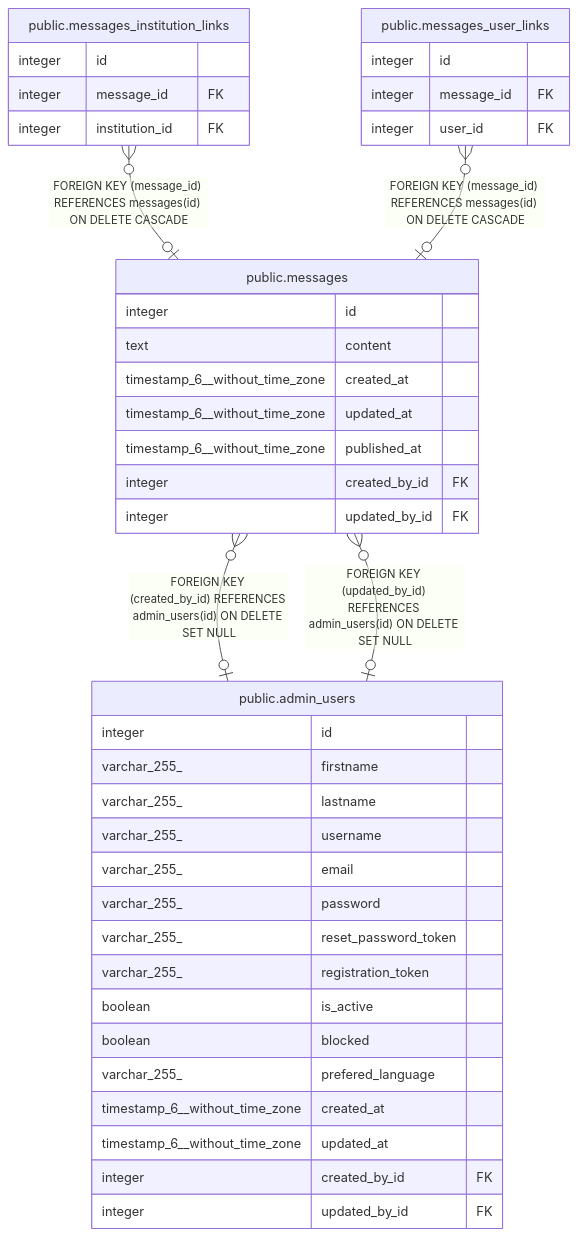
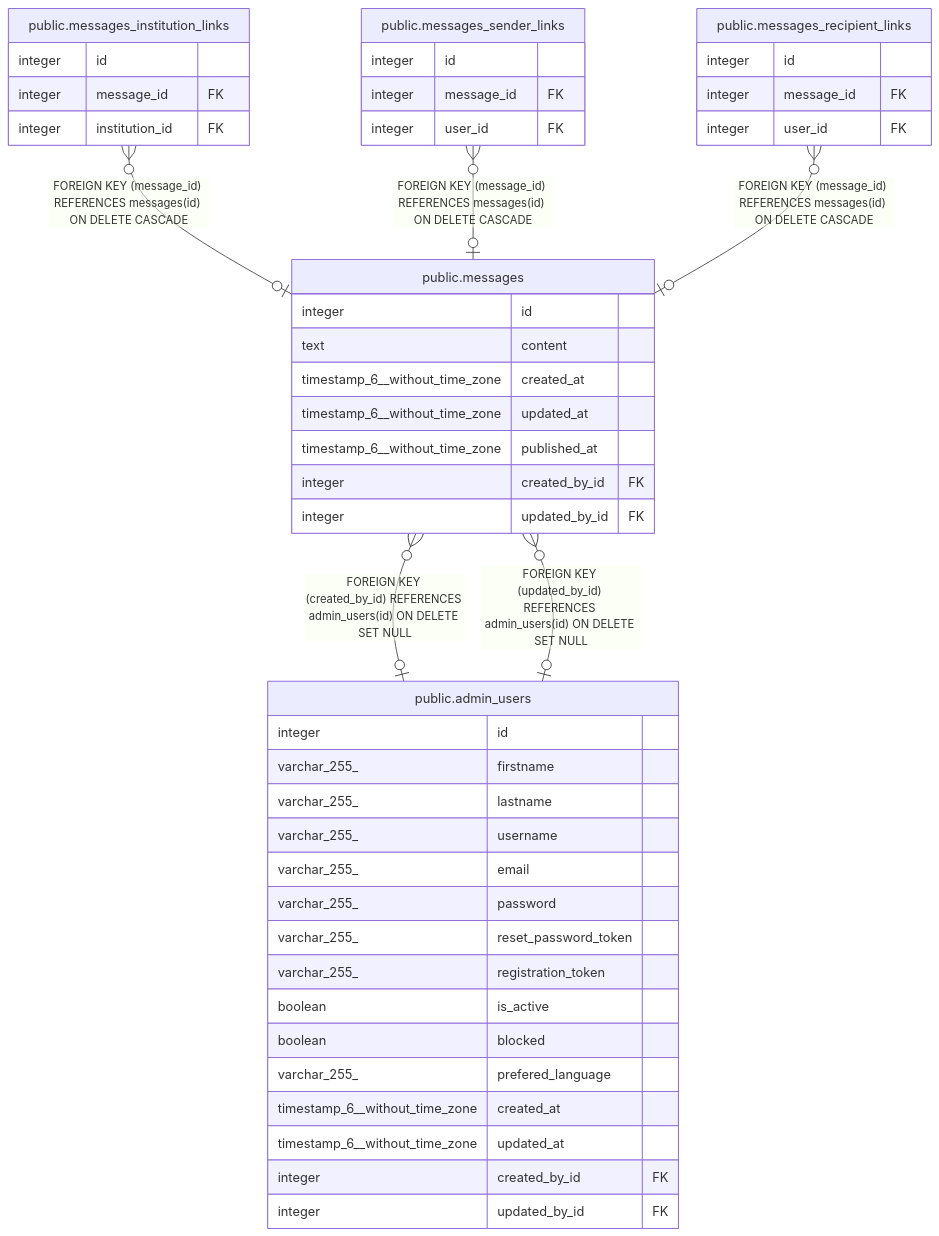
Before and after one commit to mosamosamosamosa/Anitection: the diagram in docs/dbschema/public.messages.md, drawn with Mermaid. The commit also changed other lines of this file and 20 other files, not shown here.

````diff
--- a/docs/dbschema/public.messages.md
+++ b/docs/dbschema/public.messages.md
@@ -35,45 +35,51 @@
 ```mermaid
 erDiagram
 
 "public.messages_institution_links" }o--o| "public.messages" : "FOREIGN KEY (message_id) REFERENCES messages(id) ON DELETE CASCADE"
-"public.messages_user_links" }o--o| "public.messages" : "FOREIGN KEY (message_id) REFERENCES messages(id) ON DELETE CASCADE"
+"public.messages_sender_links" }o--o| "public.messages" : "FOREIGN KEY (message_id) REFERENCES messages(id) ON DELETE CASCADE"
+"public.messages_recipient_links" }o--o| "public.messages" : "FOREIGN KEY (message_id) REFERENCES messages(id) ON DELETE CASCADE"
 "public.messages" }o--o| "public.admin_users" : "FOREIGN KEY (created_by_id) REFERENCES admin_users(id) ON DELETE SET NULL"
 "public.messages" }o--o| "public.admin_users" : "FOREIGN KEY (updated_by_id) REFERENCES admin_users(id) ON DELETE SET NULL"
 
 "public.messages" {
   integer id
   text content
   timestamp_6__without_time_zone created_at
   timestamp_6__without_time_zone updated_at
   timestamp_6__without_time_zone published_at
   integer created_by_id FK
   integer updated_by_id FK
 }
 "public.messages_institution_links" {
   integer id
   integer message_id FK
   integer institution_id FK
 }
-"public.messages_user_links" {
+"public.messages_sender_links" {
+  integer id
+  integer message_id FK
+  integer user_id FK
+}
+"public.messages_recipient_links" {
   integer id
   integer message_id FK
   integer user_id FK
 }
 "public.admin_users" {
   integer id
   varchar_255_ firstname
   varchar_255_ lastname
   varchar_255_ username
   varchar_255_ email
   varchar_255_ password
   varchar_255_ reset_password_token
   varchar_255_ registration_token
   boolean is_active
   boolean blocked
   varchar_255_ prefered_language
   timestamp_6__without_time_zone created_at
   timestamp_6__without_time_zone updated_at
   integer created_by_id FK
   integer updated_by_id FK
 }
 ```
````
